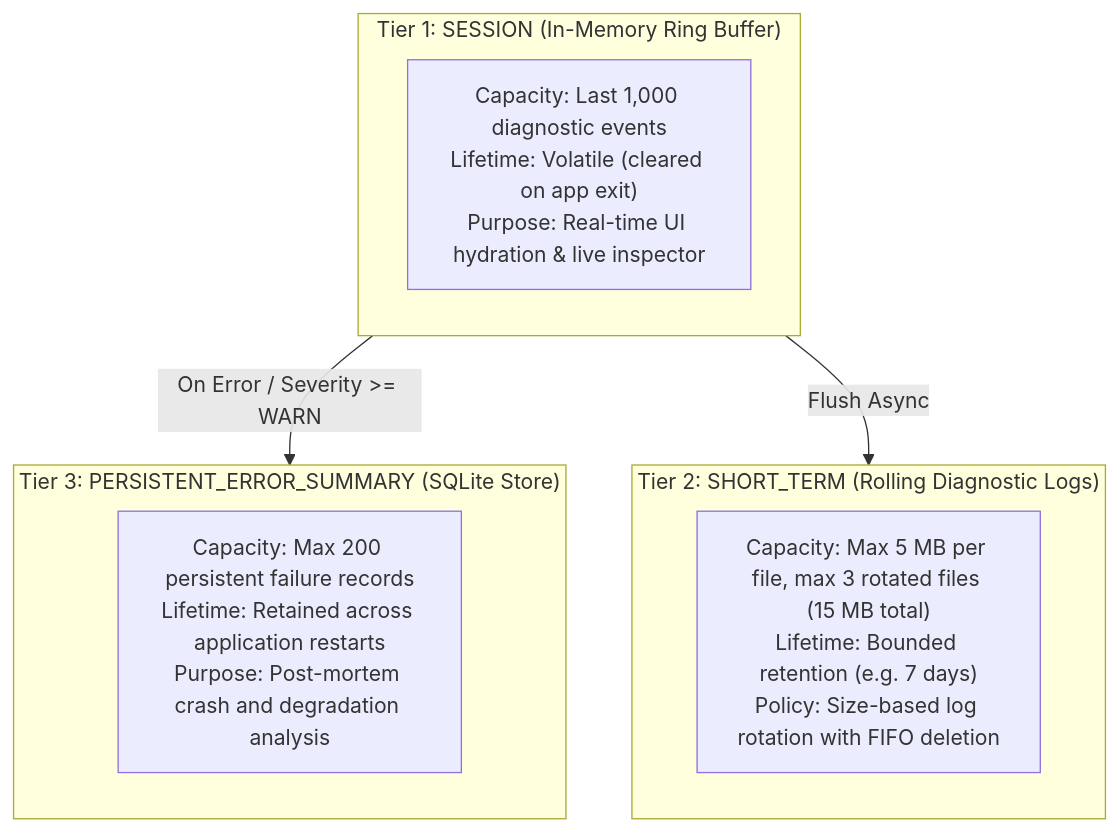
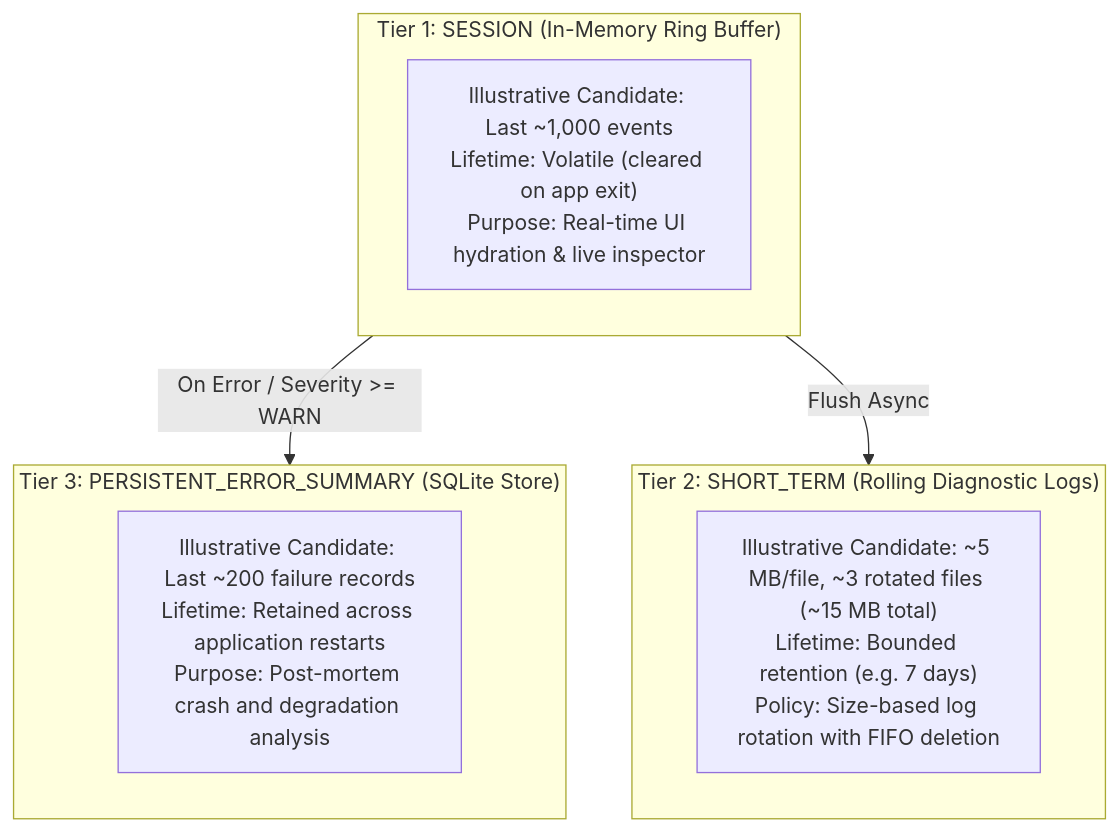
Before and after one commit to Jeff7563/MAVE: diagram 11 of 16 in docs/architecture/MAVE_F1_9_DIAGNOSTICS_RELIABILITY_ARCHITECTURE_AUDIT.md, drawn with Mermaid. The commit also changed other lines of this file, not shown here.

Commit message:
docs(intelligence): harden diagnostics reliability architecture

````diff
--- a/docs/architecture/MAVE_F1_9_DIAGNOSTICS_RELIABILITY_ARCHITECTURE_AUDIT.md
+++ b/docs/architecture/MAVE_F1_9_DIAGNOSTICS_RELIABILITY_ARCHITECTURE_AUDIT.md
@@ -694,17 +718,17 @@
 ```mermaid
 flowchart TD
     subgraph MemTier["Tier 1: SESSION (In-Memory Ring Buffer)"]
-        T1["Capacity: Last 1,000 diagnostic events<br/>Lifetime: Volatile (cleared on app exit)<br/>Purpose: Real-time UI hydration & live inspector"]
+        T1["Illustrative Candidate: Last ~1,000 events<br/>Lifetime: Volatile (cleared on app exit)<br/>Purpose: Real-time UI hydration & live inspector"]
     end
 
     subgraph FileTier["Tier 2: SHORT_TERM (Rolling Diagnostic Logs)"]
-        T2["Capacity: Max 5 MB per file, max 3 rotated files (15 MB total)<br/>Lifetime: Bounded retention (e.g. 7 days)<br/>Policy: Size-based log rotation with FIFO deletion"]
+        T2["Illustrative Candidate: ~5 MB/file, ~3 rotated files (~15 MB total)<br/>Lifetime: Bounded retention (e.g. 7 days)<br/>Policy: Size-based log rotation with FIFO deletion"]
     end
 
     subgraph CrashTier["Tier 3: PERSISTENT_ERROR_SUMMARY (SQLite Store)"]
-        T3["Capacity: Max 200 persistent failure records<br/>Lifetime: Retained across application restarts<br/>Purpose: Post-mortem crash and degradation analysis"]
+        T3["Illustrative Candidate: Last ~200 failure records<br/>Lifetime: Retained across application restarts<br/>Purpose: Post-mortem crash and degradation analysis"]
     end
 
     MemTier -->|On Error / Severity >= WARN| CrashTier
     MemTier -->|Flush Async| FileTier
 ```
````
